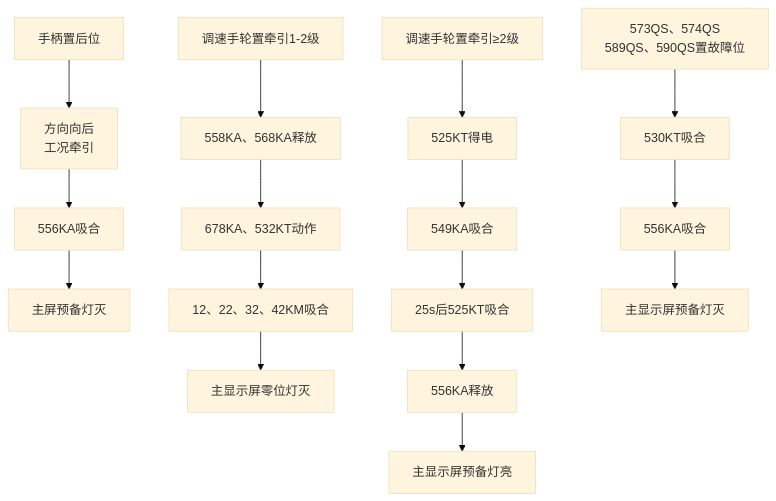
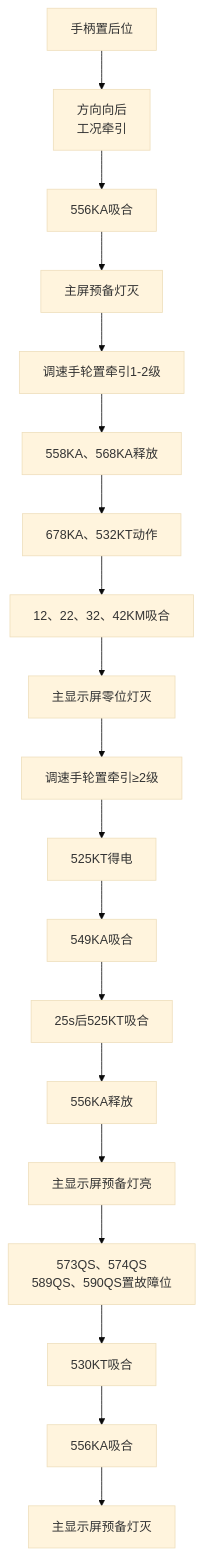
Before and after one commit to cjy0812/23school-note: the tenth of 10 diagrams in 2026实训/低压试验 0907-0924/低压试验笔记.md, drawn with Mermaid (base theme). The commit also changed other lines of this file, not shown here.

First line of the commit message:
fix: 低压实验-流程图走向错误

````diff
--- a/2026实训/低压试验 0907-0924/低压试验笔记.md
+++ b/2026实训/低压试验 0907-0924/低压试验笔记.md
@@ -383,38 +394,38 @@
 ```mermaid
 flowchart TD
 
 A[手柄置后位]
 --> B[方向向后<br>工况牵引]
 
 B --> C[556KA吸合]
 C --> D[主屏预备灯灭]
 
 
-E[调速手轮置牵引1-2级]
---> F[558KA、568KA释放]
+D --> E[调速手轮置牵引1-2级]
+E --> F[558KA、568KA释放]
 
 F --> G[678KA、532KT动作]
 
 G --> H[12、22、32、42KM吸合]
 
 H --> I[主显示屏零位灯灭]
 
 
-J[调速手轮置牵引≥2级]
---> K[525KT得电]
+I --> J[调速手轮置牵引≥2级]
+J --> K[525KT得电]
 
 K --> L[549KA吸合]
 
 L --> M[25s后525KT吸合]
 M --> N[556KA释放]
 
 N --> O[主显示屏预备灯亮]
 
 
-P[573QS、574QS<br>589QS、590QS置故障位]
---> Q[530KT吸合]
+O --> P[573QS、574QS<br>589QS、590QS置故障位]
+P --> Q[530KT吸合]
 
 Q --> R[556KA吸合]
 
 R --> S[主显示屏预备灯灭]
 ```
````
